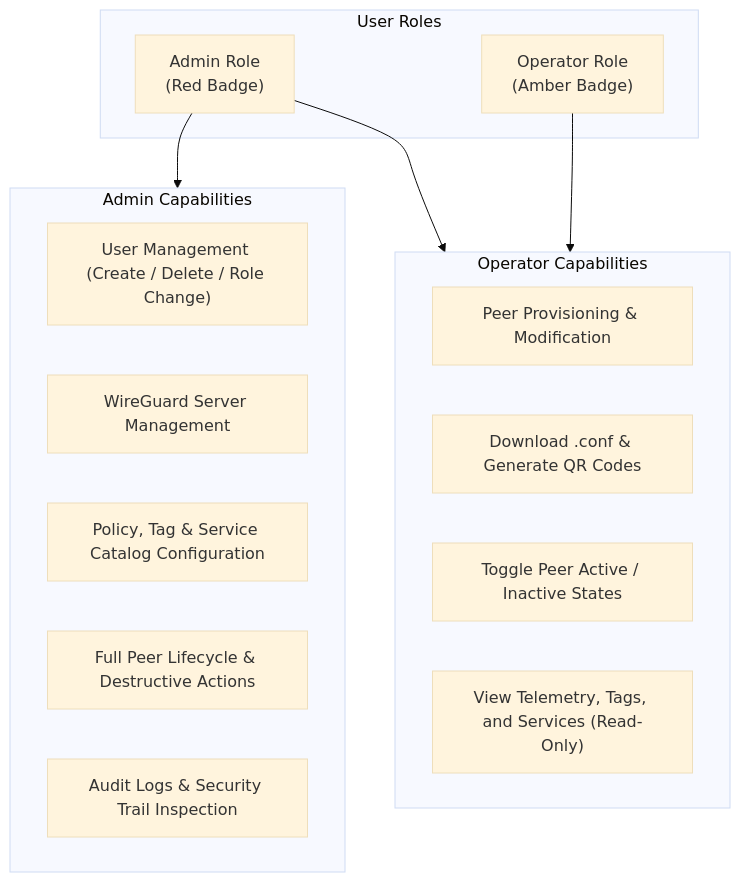
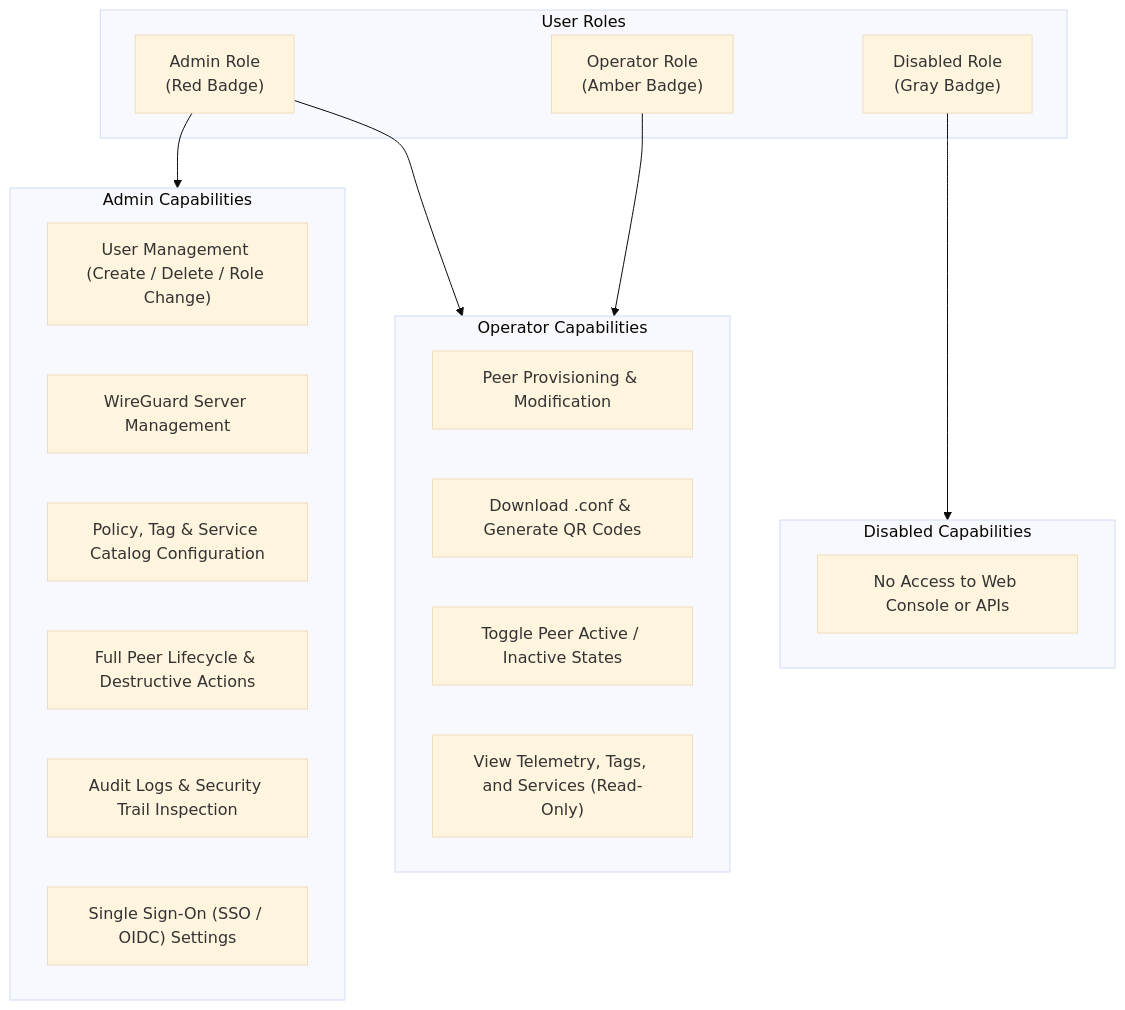
The diagram in docs/guides/user-management.md (GWSimoRod/WireManager-docs), drawn with Mermaid (base theme) before and after one commit. The commit also changed other lines of this file and 7 other files, not shown here.

````diff
--- a/docs/guides/user-management.md
+++ b/docs/guides/user-management.md
@@ -11,26 +11,33 @@
 ```mermaid
 graph TD
     subgraph Roles ["User Roles"]
         AdminRole["Admin Role<br/>(Red Badge)"]
         OperatorRole["Operator Role<br/>(Amber Badge)"]
+        DisabledRole["Disabled Role<br/>(Gray Badge)"]
     end
 
     subgraph AdminCaps ["Admin Capabilities"]
         A1["User Management (Create / Delete / Role Change)"]
         A2["WireGuard Server Management"]
         A3["Policy, Tag & Service Catalog Configuration"]
         A4["Full Peer Lifecycle & Destructive Actions"]
         A5["Audit Logs & Security Trail Inspection"]
+        A6["Single Sign-On (SSO / OIDC) Settings"]
     end
 
     subgraph OperatorCaps ["Operator Capabilities"]
         O1["Peer Provisioning & Modification"]
         O2["Download .conf & Generate QR Codes"]
         O3["Toggle Peer Active / Inactive States"]
         O4["View Telemetry, Tags, and Services (Read-Only)"]
     end
 
+    subgraph DisabledCaps ["Disabled Capabilities"]
+        D1["No Access to Web Console or APIs"]
+    end
+
     AdminRole --> AdminCaps
     AdminRole --> OperatorCaps
     OperatorRole --> OperatorCaps
+    DisabledRole --> DisabledCaps
 ```
````
